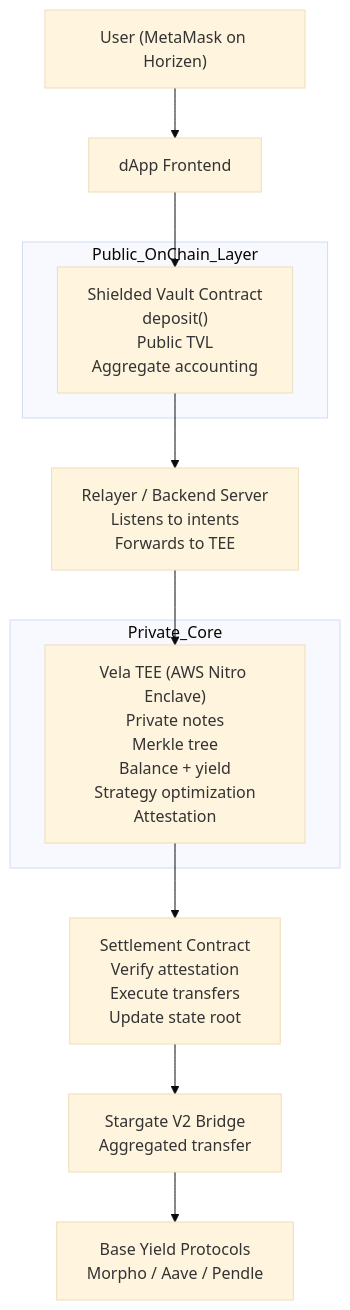
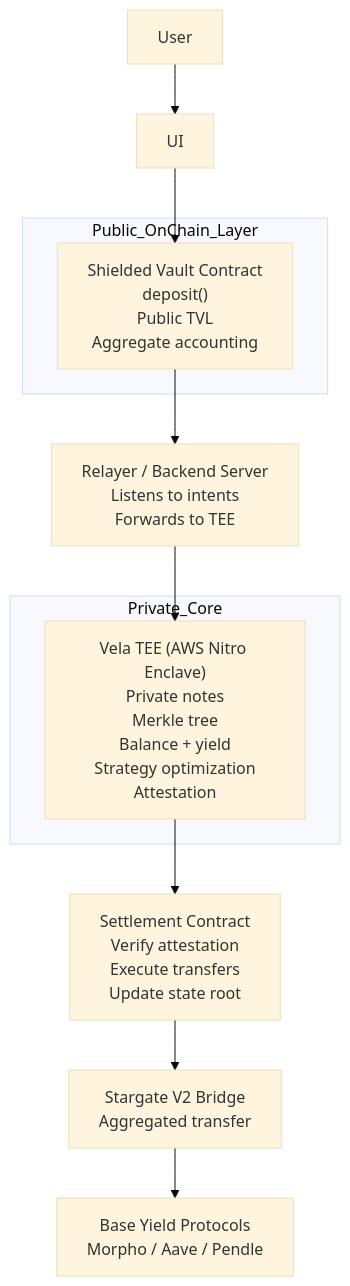
Before and after one commit to Xavek/shieldv: the first of 2 diagrams in readme.md, drawn with Mermaid (base theme). The commit also changed other lines of this file, not shown here.

Commit message:
update minimal writing

````diff
--- a/readme.md
+++ b/readme.md
@@ -22,24 +22,24 @@
 ```mermaid
 flowchart TD
 
-    U["User (MetaMask on Horizen)"]
-    D["dApp Frontend"]
+    U["User"]
+    D["UI"]
 
     subgraph Public_OnChain_Layer
         V["Shielded Vault Contract<br/>deposit()<br/>Public TVL<br/>Aggregate accounting"]
     end
 
     R["Relayer / Backend Server<br/>Listens to intents<br/>Forwards to TEE"]
 
     subgraph Private_Core
         TEE["Vela TEE (AWS Nitro Enclave)<br/>Private notes<br/>Merkle tree<br/>Balance + yield<br/>Strategy optimization<br/>Attestation"]
     end
 
     S["Settlement Contract<br/>Verify attestation<br/>Execute transfers<br/>Update state root"]
 
     B["Stargate V2 Bridge<br/>Aggregated transfer"]
 
     Y["Base Yield Protocols<br/>Morpho / Aave / Pendle"]
 
     U --> D --> V --> R --> TEE --> S --> B --> Y
 ```
````
